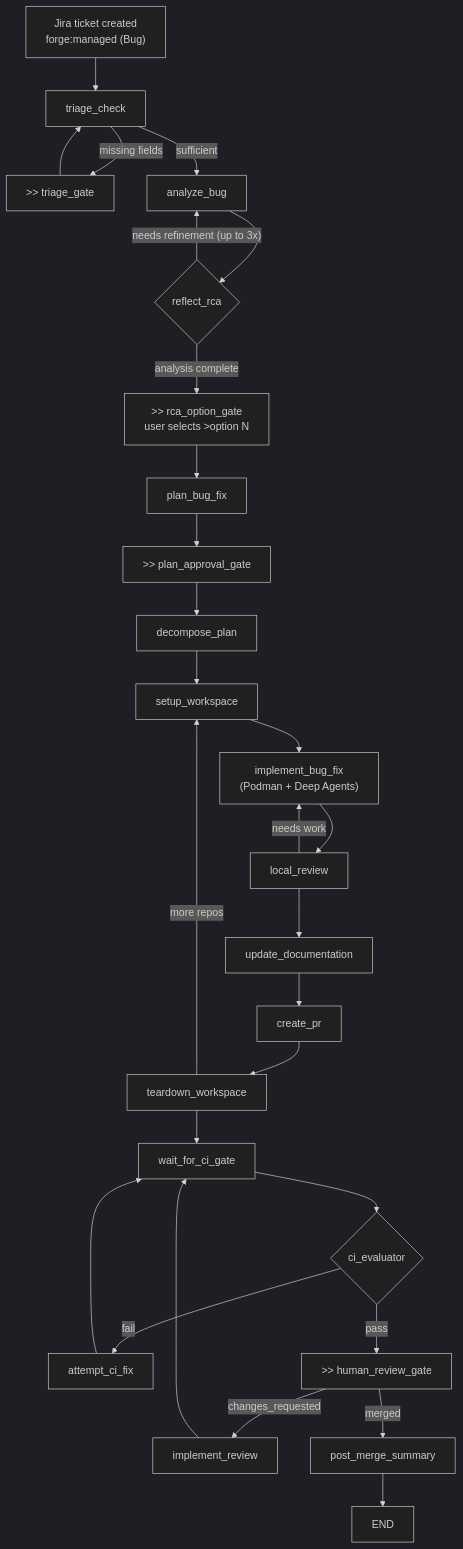
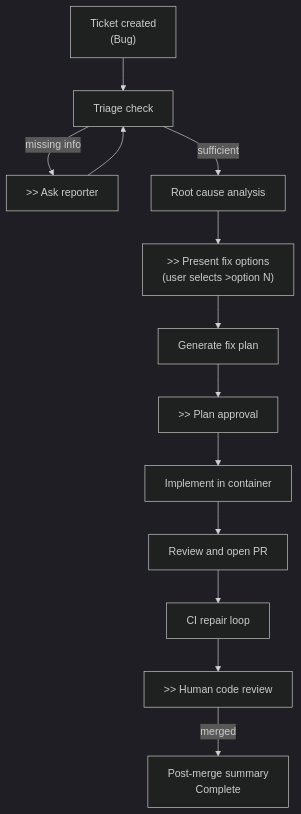
The fourth of 5 diagrams in docs/architecture.md (ekuris-redhat/forge), drawn with Mermaid (dark theme) before and after one commit. The commit also changed other lines of this file, not shown here.

First line of the commit message:
Address architecture review: add missing views, fix correctness claims

````diff
--- a/docs/architecture.md
+++ b/docs/architecture.md
@@ -131,32 +455,16 @@
 ```mermaid
 flowchart TD
-    A["Jira ticket created\nforge:managed (Bug)"] --> B[triage_check]
-    B -->|missing fields| C[">> triage_gate"]
+    A["Ticket created\n(Bug)"] --> B["Triage check"]
+    B -->|"missing info"| C[">> Ask reporter"]
     C --> B
-    B -->|sufficient| D[analyze_bug]
-    D --> E{reflect_rca}
-    E -->|"needs refinement (up to 3x)"| D
-    E -->|"analysis complete"| F[">> rca_option_gate\nuser selects >option N"]
-    F --> G[plan_bug_fix]
-    G --> H[">> plan_approval_gate"]
-    H --> I[decompose_plan]
+    B -->|"sufficient"| D["Root cause analysis"]
+    D --> E[">> Present fix options\n(user selects >option N)"]
+    E --> F["Generate fix plan"]
+    F --> G[">> Plan approval"]
 
-    I --> J[setup_workspace]
-    J --> K["implement_bug_fix\n(Podman + Deep Agents)"]
-    K --> L[local_review]
-    L -->|"needs work"| K
-    L --> M[update_documentation]
-    M --> N[create_pr]
-    N --> O[teardown_workspace]
-    O -->|more repos| J
-
-    O --> P[wait_for_ci_gate]
-    P --> Q{ci_evaluator}
-    Q -->|fail| R["attempt_ci_fix"]
-    R --> P
-    Q -->|pass| S[">> human_review_gate"]
-    S -->|changes_requested| T[implement_review]
-    T --> P
-    S -->|merged| U[post_merge_summary]
-    U --> V[END]
+    G --> H["Implement in container"]
+    H --> I["Review and open PR"]
+    I --> J["CI repair loop"]
+    J --> K[">> Human code review"]
+    K -->|merged| L["Post-merge summary\nComplete"]
 ```
````
